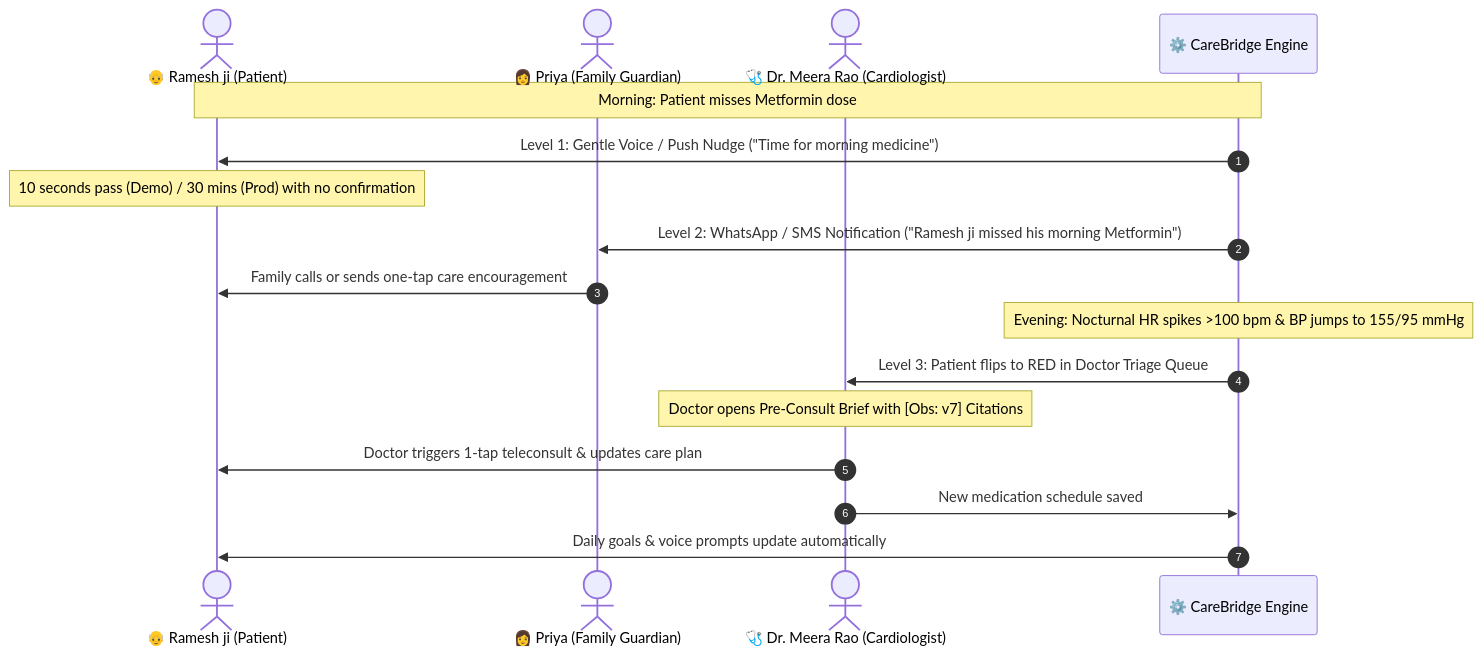
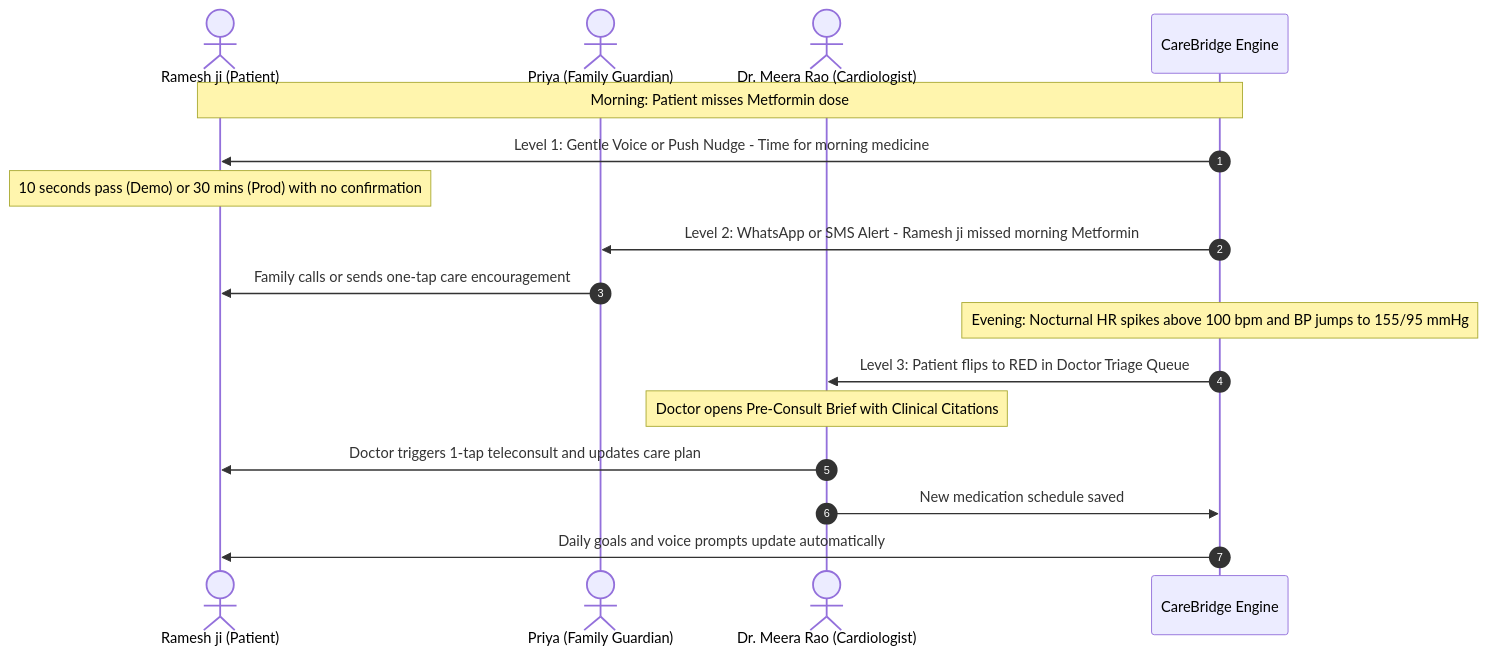
The second of 3 diagrams in README.md (Swapnil-Ghosh06/carebridge), drawn with Mermaid before and after one commit. The commit also changed other lines of this file, not shown here.

Commit message:
fix(docs): resolve Mermaid syntax parse errors by escaping labels and quotes

````diff
--- a/README.md
+++ b/README.md
@@ -147,20 +147,20 @@
 ```mermaid
 sequenceDiagram
     autonumber
-    actor Patient as 👴 Ramesh ji (Patient)
-    actor Family as 👩 Priya (Family Guardian)
-    actor Doctor as 🩺 Dr. Meera Rao (Cardiologist)
-    participant Sys as ⚙️ CareBridge Engine
+    actor Patient as Ramesh ji (Patient)
+    actor Family as Priya (Family Guardian)
+    actor Doctor as Dr. Meera Rao (Cardiologist)
+    participant Sys as CareBridge Engine
 
     Note over Patient,Sys: Morning: Patient misses Metformin dose
-    Sys->>Patient: Level 1: Gentle Voice / Push Nudge ("Time for morning medicine")
-    Note over Patient: 10 seconds pass (Demo) / 30 mins (Prod) with no confirmation
-    Sys->>Family: Level 2: WhatsApp / SMS Notification ("Ramesh ji missed his morning Metformin")
+    Sys->>Patient: Level 1: Gentle Voice or Push Nudge - Time for morning medicine
+    Note over Patient: 10 seconds pass (Demo) or 30 mins (Prod) with no confirmation
+    Sys->>Family: Level 2: WhatsApp or SMS Alert - Ramesh ji missed morning Metformin
     Family->>Patient: Family calls or sends one-tap care encouragement
-    Note over Sys: Evening: Nocturnal HR spikes >100 bpm & BP jumps to 155/95 mmHg
+    Note over Sys: Evening: Nocturnal HR spikes above 100 bpm and BP jumps to 155/95 mmHg
     Sys->>Doctor: Level 3: Patient flips to RED in Doctor Triage Queue
-    Note over Doctor: Doctor opens Pre-Consult Brief with [Obs: v7] Citations
-    Doctor->>Patient: Doctor triggers 1-tap teleconsult & updates care plan
+    Note over Doctor: Doctor opens Pre-Consult Brief with Clinical Citations
+    Doctor->>Patient: Doctor triggers 1-tap teleconsult and updates care plan
     Doctor->>Sys: New medication schedule saved
-    Sys->>Patient: Daily goals & voice prompts update automatically
+    Sys->>Patient: Daily goals and voice prompts update automatically
 ```
````
